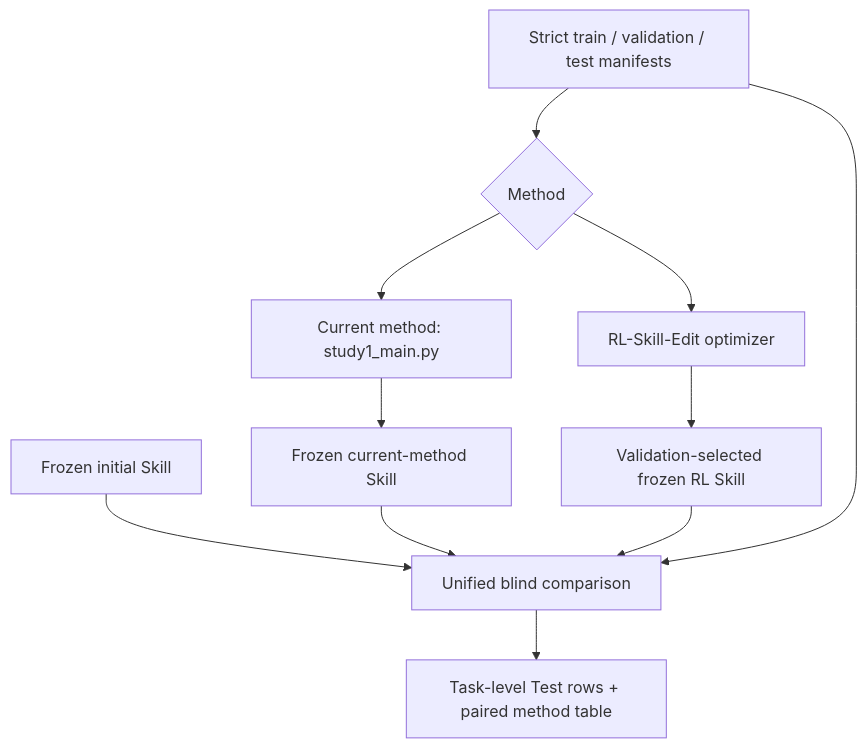
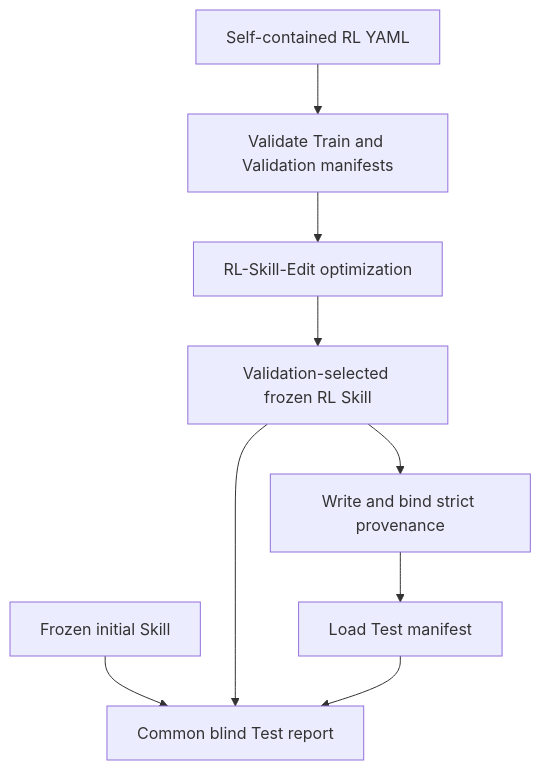
Before and after one commit to huangchenyi2002/RL-Skill-Edit: the diagram in ARCHITECTURE.md, drawn with Mermaid. The commit also changed other lines of this file and 11 other files, not shown here.

````diff
--- a/ARCHITECTURE.md
+++ b/ARCHITECTURE.md
@@ -5,13 +5,11 @@
 ```mermaid
 flowchart TD
-    M["Strict train / validation / test manifests"] --> C{"Method"}
-    C --> O["Current method: study1_main.py"]
-    C --> R["RL-Skill-Edit optimizer"]
-    O --> OF["Frozen current-method Skill"]
-    R --> RF["Validation-selected frozen RL Skill"]
-    I["Frozen initial Skill"] --> F["Unified blind comparison"]
-    OF --> F
-    RF --> F
-    M --> F
-    F --> T["Task-level Test rows + paired method table"]
+    C["Self-contained RL YAML"] --> M["Validate Train and Validation manifests"]
+    M --> O["RL-Skill-Edit optimization"]
+    O --> F["Validation-selected frozen RL Skill"]
+    F --> P["Write and bind strict provenance"]
+    P --> T["Load Test manifest"]
+    I["Frozen initial Skill"] --> R["Common blind Test report"]
+    F --> R
+    T --> R
 ```
````
